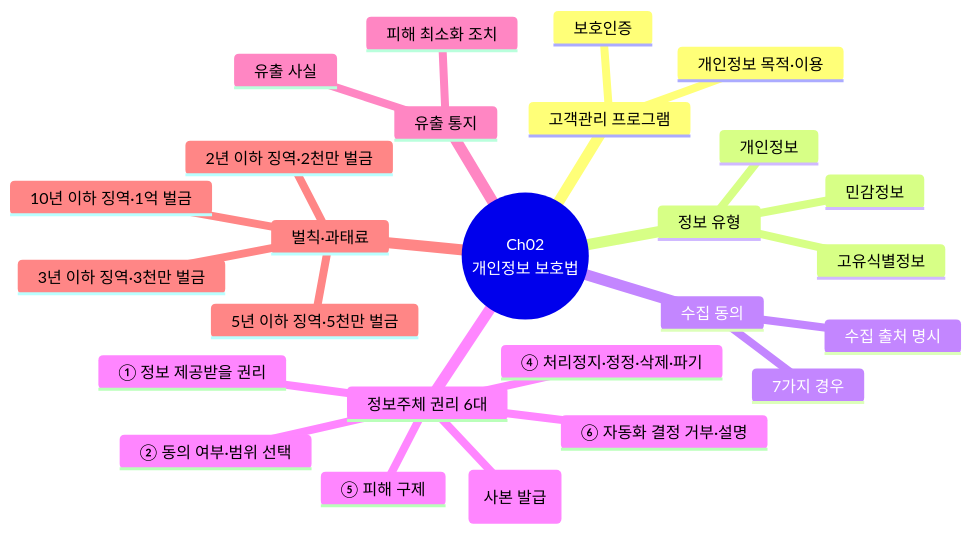
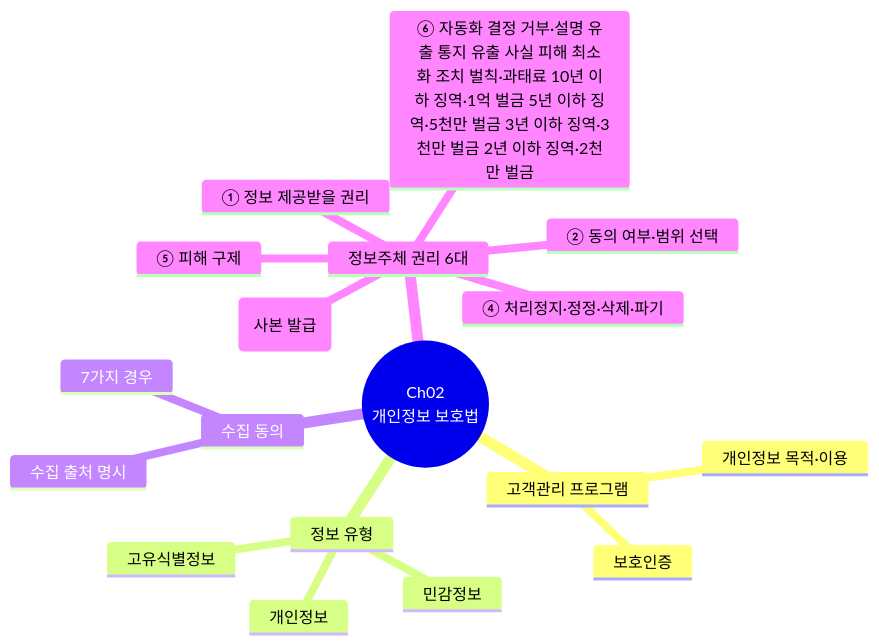
Before and after one commit to skygoldlee-cyber/Personalized_Skincare: the third of 10 diagrams in content/교재/law/1과목_화장품법의이해_이야기형.md, drawn with Mermaid. The commit also changed other lines of this file and 11 other files, not shown here.

````diff
--- a/content/교재/law/1과목_화장품법의이해_이야기형.md
+++ b/content/교재/law/1과목_화장품법의이해_이야기형.md
@@ -290,29 +290,21 @@
 ```mermaid
 mindmap
  root((Ch02<br/>개인정보 보호법))
   고객관리 프로그램
    개인정보 목적·이용
    보호인증
   정보 유형
    개인정보
    민감정보
    고유식별정보
   수집 동의
    7가지 경우
    수집 출처 명시
   정보주체 권리 6대
    ① 정보 제공받을 권리
    ② 동의 여부·범위 선택
    ③ 열람·전송(사본 발급)
    ④ 처리정지·정정·삭제·파기
    ⑤ 피해 구제
-   ⑥ 자동화 결정 거부·설명
-  유출 통지
-   유출 사실
-   피해 최소화 조치
-  벌칙·과태료
-   10년 이하 징역·1억 벌금
-   5년 이하 징역·5천만 벌금
-   3년 이하 징역·3천만 벌금
-   2년 이하 징역·2천만 벌금
+   ⑥ 자동화 결정 거부·설명 유출 통지 유출 사실 피해 최소화 조치 벌칙·과태료 10년 이하 징역·1억 벌금 5년 이하 징역·5천만 벌금 3년 이하 징역·3천만 벌금 2년 이하 징역·2천만 벌금
 ```
````
